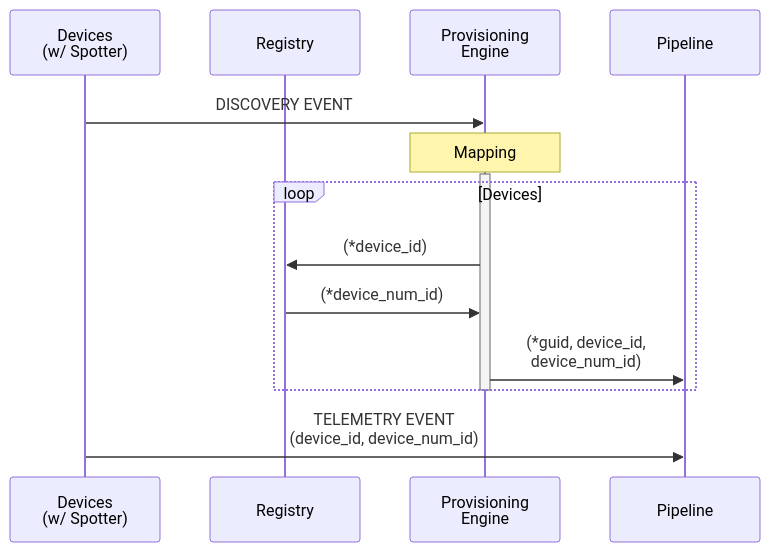
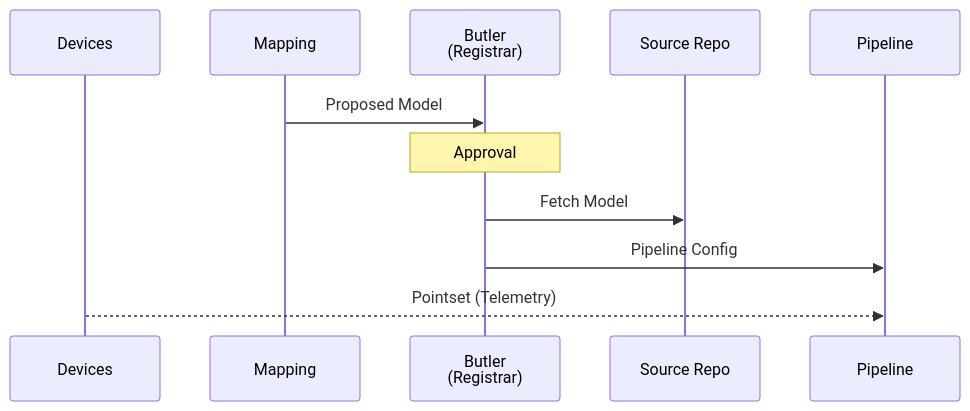
Before and after one commit to faucetsdn/udmi: the diagram in docs/specs/provisioning.md, drawn with Mermaid. The commit also changed other lines of this file and 3 other files, not shown here.

````diff
--- a/docs/specs/provisioning.md
+++ b/docs/specs/provisioning.md
@@ -13,18 +13,14 @@
 ```mermaid
 sequenceDiagram
   %%{wrap}%%
-  participant Devices as Devices<br/>(w/ Spotter)
-  participant Registry
-  participant Provisioning Engine
+  participant Devices
+  participant Mapping
+  participant Butler as Butler<br/>(Registrar)
+  participant Source Repo
   participant Pipeline
-  Devices->>Provisioning Engine: DISCOVERY EVENT
-  Note over Provisioning Engine: Mapping
-  activate Provisioning Engine
-  loop Devices
-    Provisioning Engine->>Registry: (*device_id)
-    Registry->>Provisioning Engine: (*device_num_id)
-    Provisioning Engine->>Pipeline: (*guid, device_id, device_num_id)
-  end
-  deactivate Provisioning Engine
-  Devices->>Pipeline: TELEMETRY EVENT<br/>(device_id, device_num_id)
+  Mapping->>Butler: Proposed Model
+  Note over Butler: Approval
+  Butler->>Source Repo: Fetch Model
+  Butler->>Pipeline: Pipeline Config
+  Devices-->>Pipeline: Pointset (Telemetry)
 ```
````
